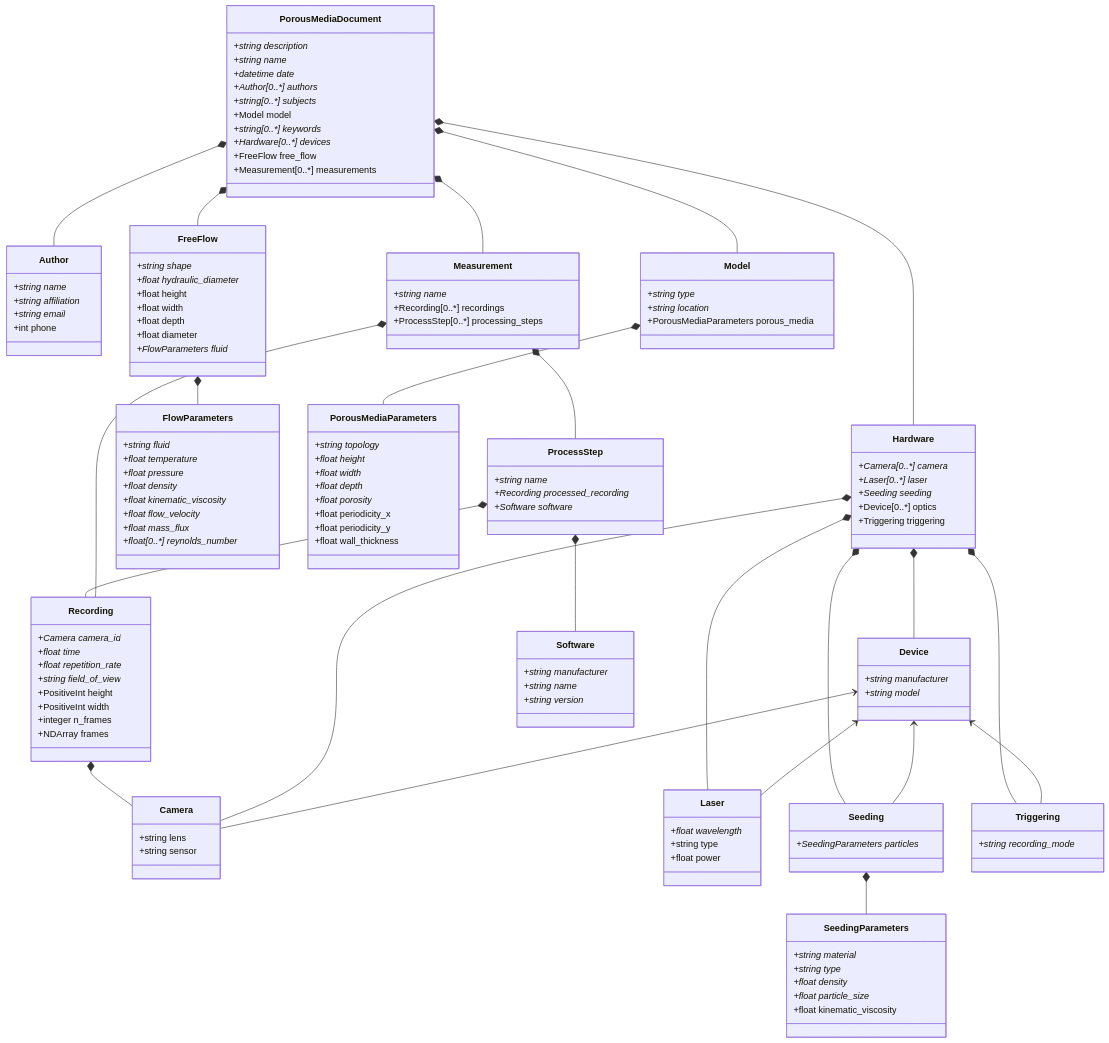
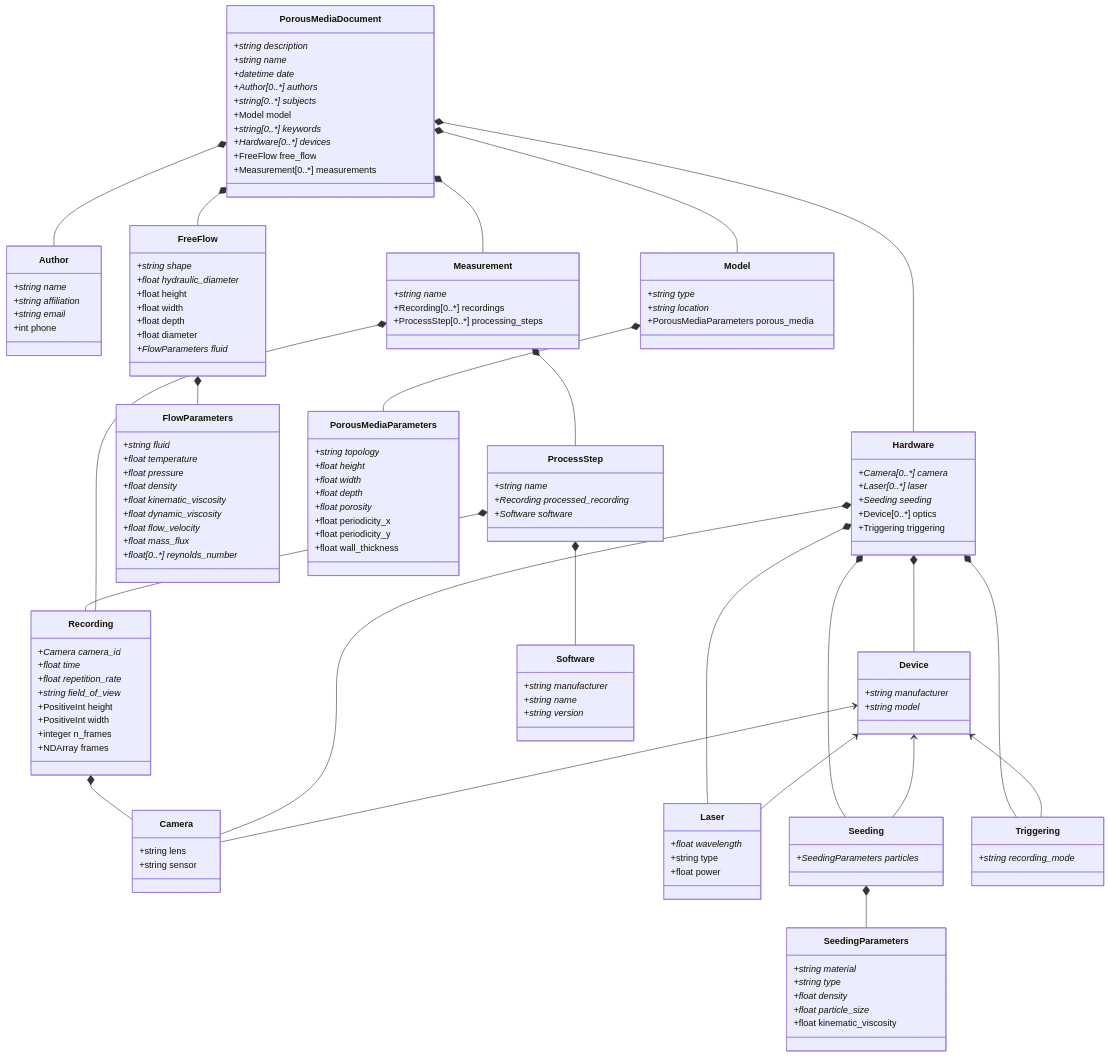
The diagram in PorousPy/schemes/porouspy_schema.md (SimTech-Research-Data-Management/porous-media-flow-model), drawn with Mermaid before and after one commit. The commit also changed 18 other files, not shown here.

```diff
--- a/PorousPy/schemes/porouspy_schema.md
+++ b/PorousPy/schemes/porouspy_schema.md
@@ -59,6 +59,7 @@
         +float pressure*
         +float density*
         +float kinematic_viscosity*
+        +float dynamic_viscosity*
         +float flow_velocity*
         +float mass_flux*
         +float[0..*] reynolds_number*
```
